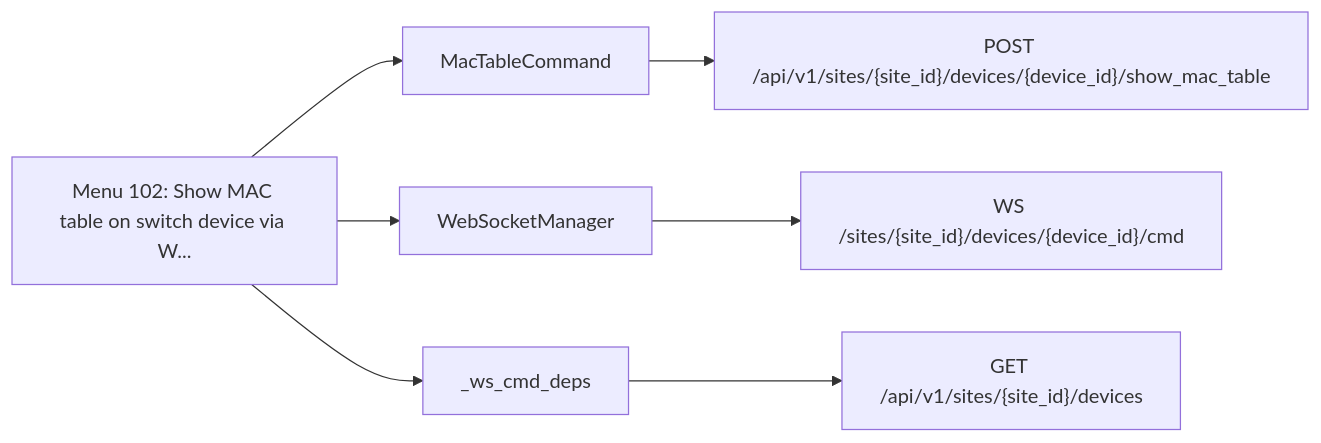
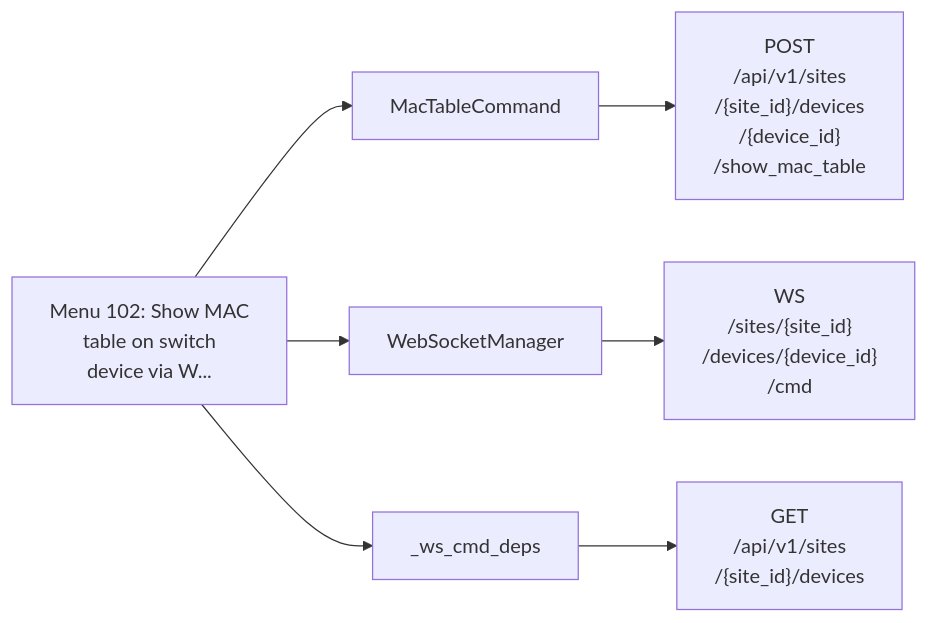
The second of 23 diagrams in documentation/menu-api/websocket.md (jmorrison-juniper/MistHelper), drawn with Mermaid before and after one commit. The commit also changed other lines of this file and 19 other files, not shown here.

First line of the commit message:
docs(menu-api): fit the Mermaid diagrams to the wiki column

````diff
--- a/documentation/menu-api/websocket.md
+++ b/documentation/menu-api/websocket.md
@@ -132,10 +40,10 @@
 ```mermaid
 flowchart LR
-    menu["Menu 102: Show MAC table on switch device via W..."]
+    menu["Menu 102: Show MAC<br/>table on switch<br/>device via W..."]
     menu --> c1["MacTableCommand"]
-    c1 --> e1["POST /api/v1/sites/{site_id}/devices/{device_id}/show_mac_table"]
+    c1 --> e1["POST<br/>/api/v1/sites<br/>/{site_id}/devices<br/>/{device_id}<br/>/show_mac_table"]
     menu --> c2["WebSocketManager"]
-    c2 --> e2["WS /sites/{site_id}/devices/{device_id}/cmd"]
+    c2 --> e2["WS<br/>/sites/{site_id}<br/>/devices/{device_id}<br/>/cmd"]
     menu --> c3["_ws_cmd_deps"]
-    c3 --> e3["GET /api/v1/sites/{site_id}/devices"]
+    c3 --> e3["GET<br/>/api/v1/sites<br/>/{site_id}/devices"]
 ```
````
